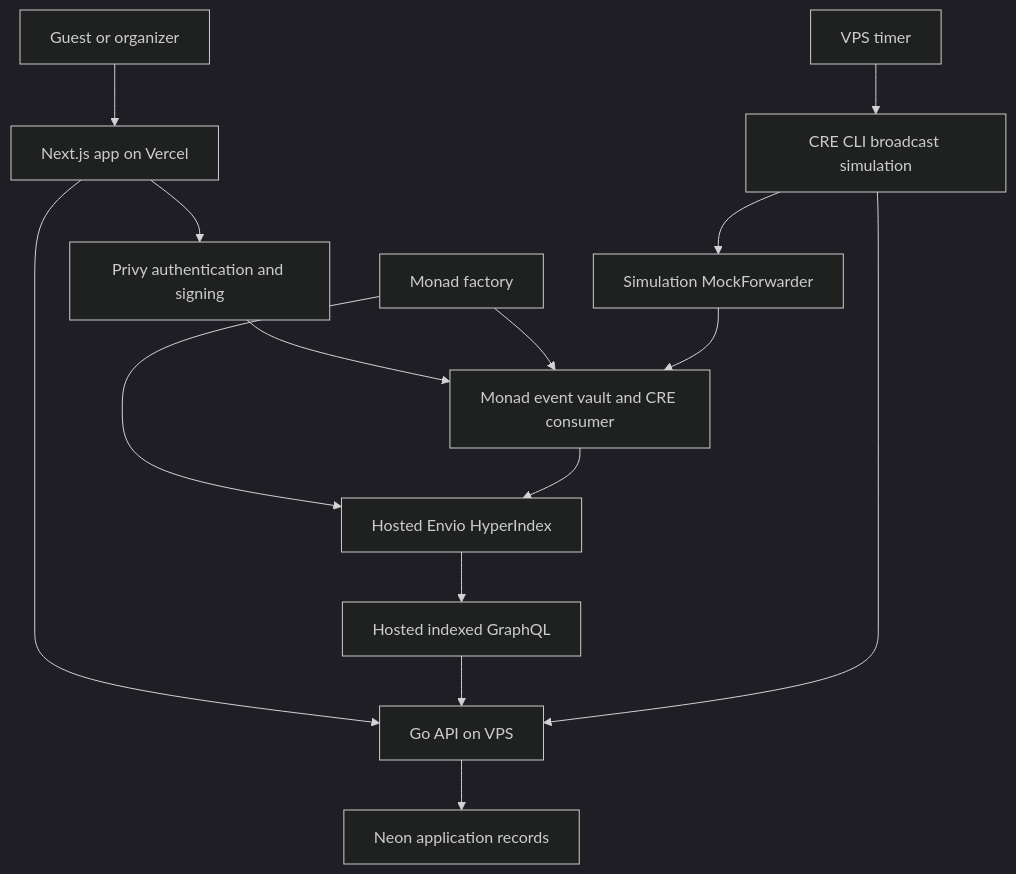
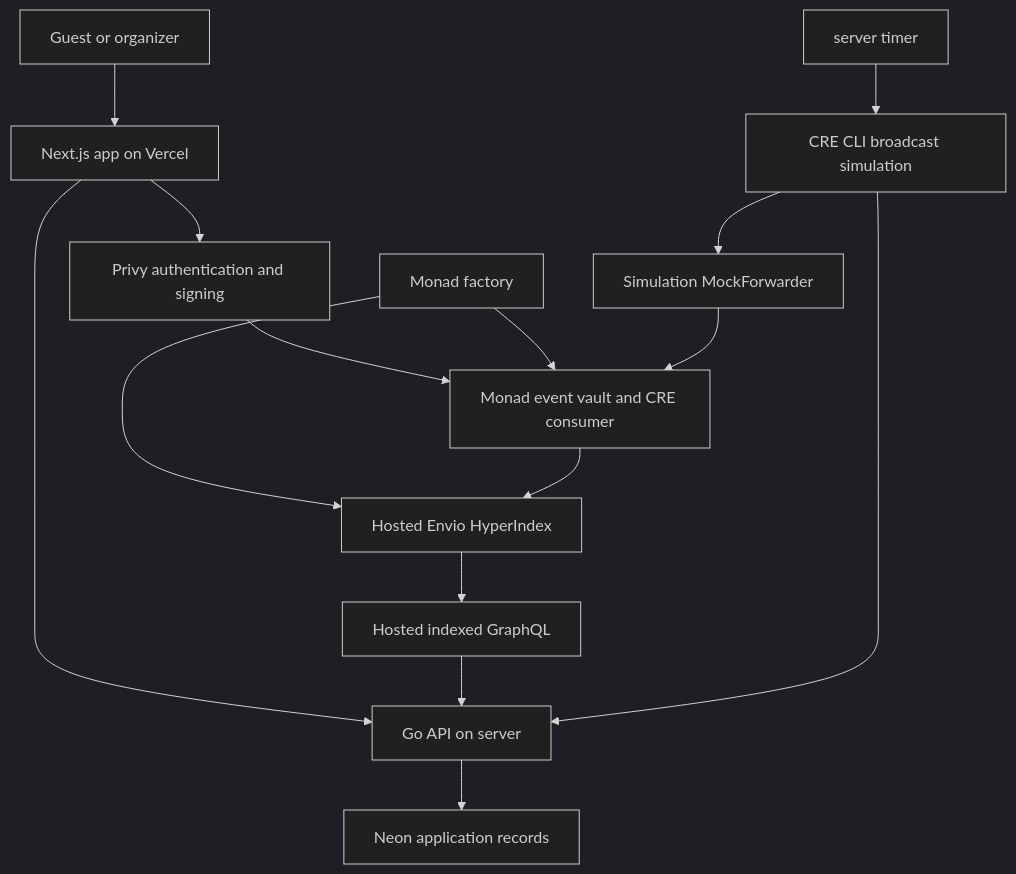
The first of 3 diagrams in docs/gitbook/technical/architecture.md (EndPx/commitpass), drawn with Mermaid (dark theme) before and after one commit. The commit also changed other lines of this file and 6 other files, not shown here.

````diff
--- a/docs/gitbook/technical/architecture.md
+++ b/docs/gitbook/technical/architecture.md
@@ -17,17 +15,17 @@
 ```mermaid
 flowchart TB
     User[Guest or organizer] --> Web[Next.js app on Vercel]
     Web --> Privy[Privy authentication and signing]
     Privy --> Vault[Monad event vault and CRE consumer]
     Factory[Monad factory] --> Vault
-    Web --> API[Go API on VPS]
+    Web --> API[Go API on server]
     API --> AppDB[Neon application records]
     Factory --> Envio[Hosted Envio HyperIndex]
     Vault --> Envio
     Envio --> GraphQL[Hosted indexed GraphQL]
     GraphQL --> API
-    Timer[VPS timer] --> CRE[CRE CLI broadcast simulation]
+    Timer[server timer] --> CRE[CRE CLI broadcast simulation]
     CRE --> API
     CRE --> Forwarder[Simulation MockForwarder]
     Forwarder --> Vault
 ```
````
